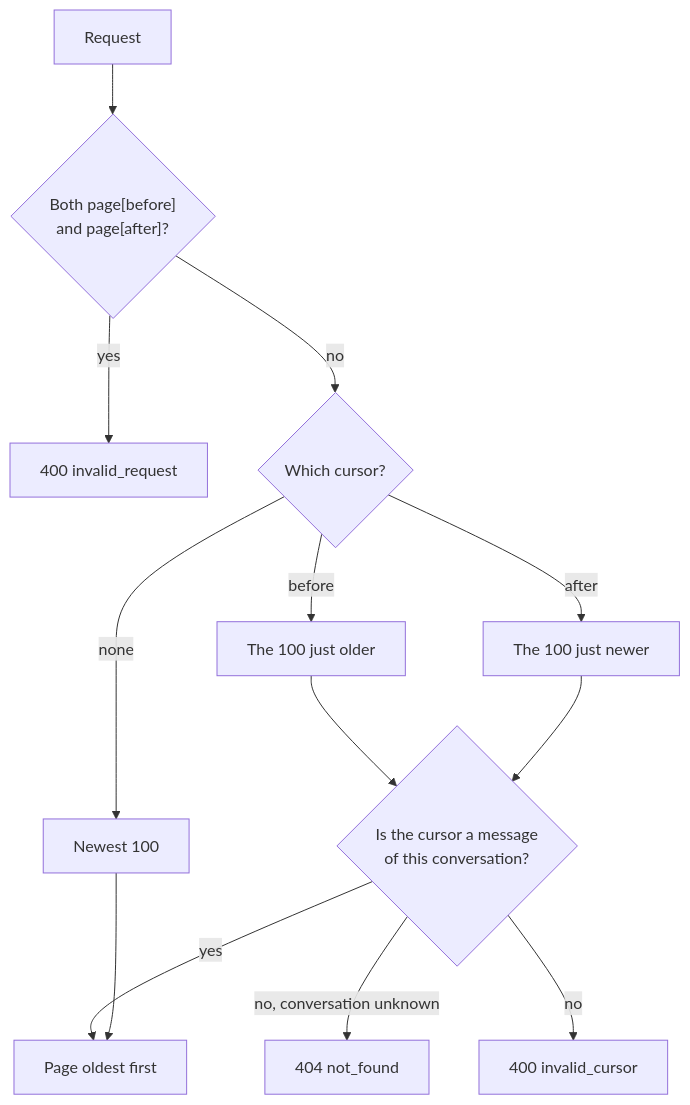
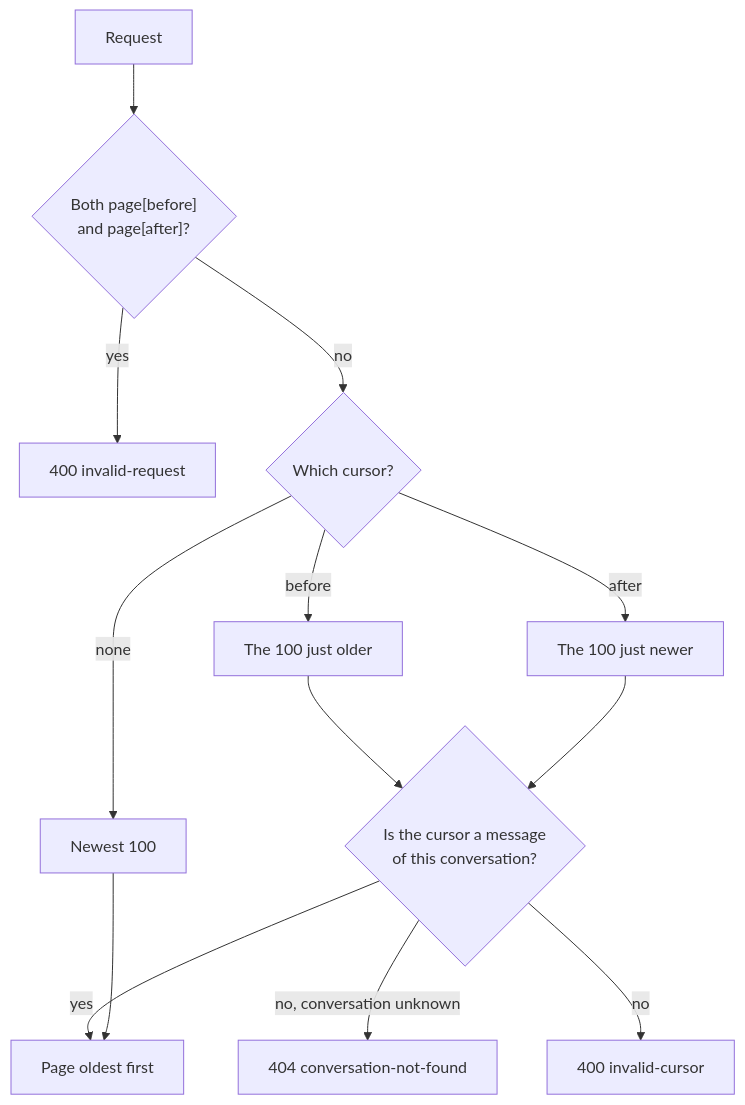
One commit to m-almeida-p/ms-ml-conv-history-bs changed the third of 3 diagrams in docs/design.md. Above: the diagram before and after it, drawn with Mermaid. The commit also changed other lines of this file, not shown here.

````diff
--- a/docs/design.md
+++ b/docs/design.md
@@ -244,15 +244,15 @@
 ```mermaid
 flowchart TD
     R["Request"] --> B{"Both page[before]<br/>and page[after]?"}
-    B -->|"yes"| E400["400 invalid_request"]
+    B -->|"yes"| E400["400 invalid-request"]
     B -->|"no"| Q{"Which cursor?"}
     Q -->|"none"| N["Newest 100"]
     Q -->|"before"| O["The 100 just older"]
     Q -->|"after"| W["The 100 just newer"]
     O --> F{"Is the cursor a message<br/>of this conversation?"}
     W --> F
-    F -->|"no, conversation unknown"| E404["404 not_found"]
-    F -->|"no"| E400C["400 invalid_cursor"]
+    F -->|"no, conversation unknown"| E404["404 conversation-not-found"]
+    F -->|"no"| E400C["400 invalid-cursor"]
     F -->|"yes"| P["Page oldest first"]
     N --> P
 ```
````
